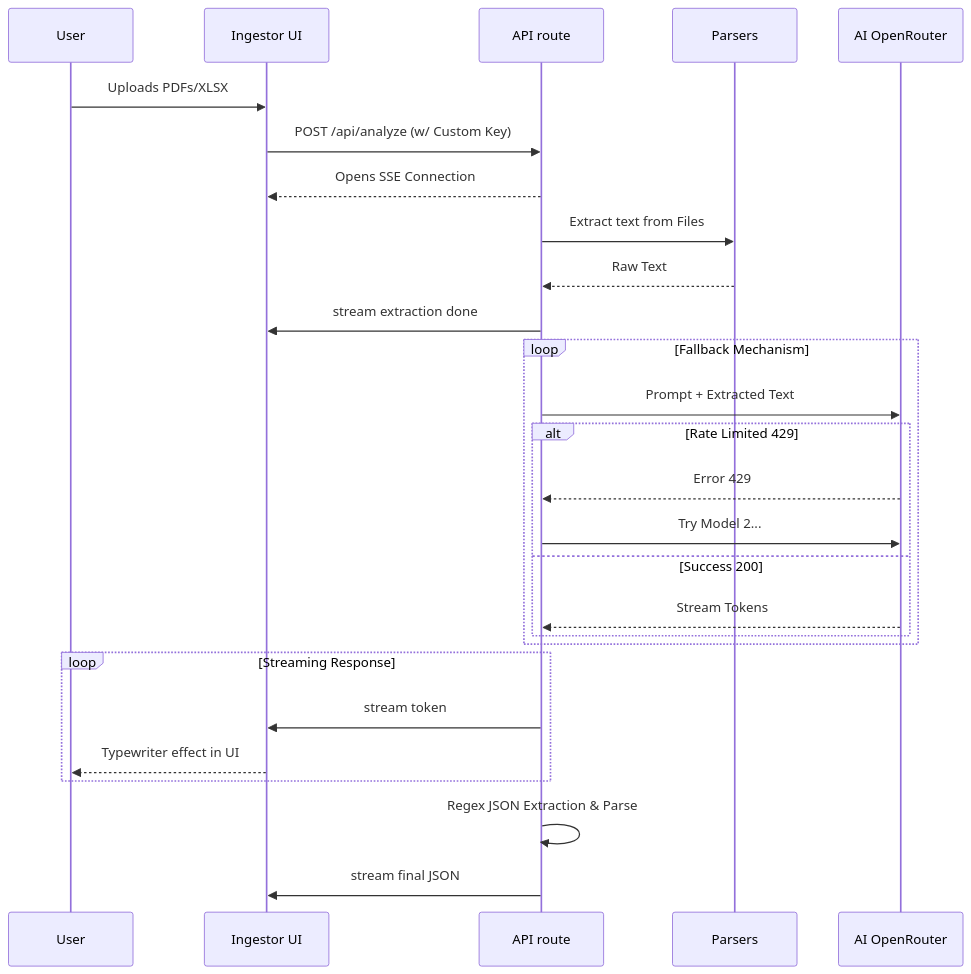
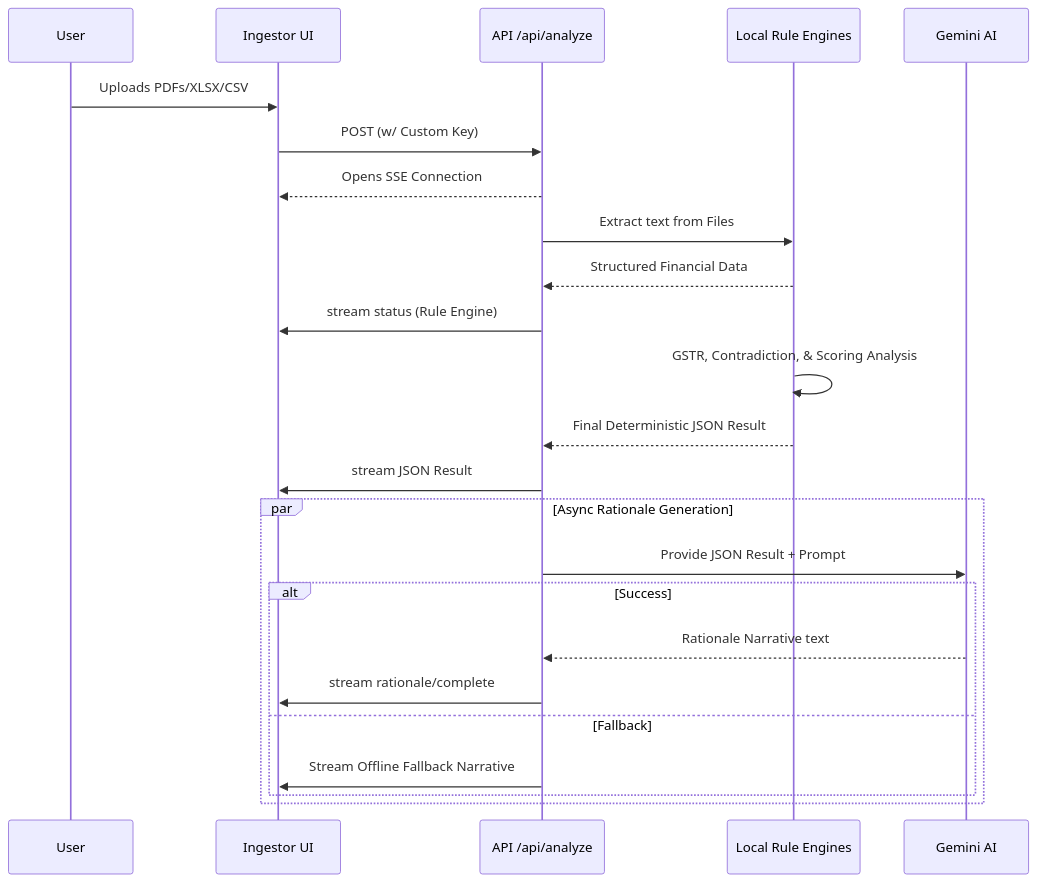
One commit to HimanshuxAI/INTELLI-CREDIT-IITH changed the second of 2 diagrams in README.md. Above: the diagram before and after it, drawn with Mermaid. The commit also changed other lines of this file, not shown here.

Commit message:
docs: Update README with recent architecture changes

````diff
--- a/README.md
+++ b/README.md
@@ -105,35 +103,32 @@
 ```mermaid
 sequenceDiagram
     participant User
     participant Ingestor UI
-    participant API route
-    participant Parsers
-    participant AI OpenRouter
+    participant API /api/analyze
+    participant Local Rule Engines
+    participant Gemini AI
 
-    User->>Ingestor UI: Uploads PDFs/XLSX
-    Ingestor UI->>API route: POST /api/analyze (w/ Custom Key)
-    API route-->>Ingestor UI: Opens SSE Connection
+    User->>Ingestor UI: Uploads PDFs/XLSX/CSV
+    Ingestor UI->>API /api/analyze: POST (w/ Custom Key)
+    API /api/analyze-->>Ingestor UI: Opens SSE Connection
     
-    API route->>Parsers: Extract text from Files
-    Parsers-->>API route: Raw Text
+    API /api/analyze->>Local Rule Engines: Extract text from Files
+    Local Rule Engines-->>API /api/analyze: Structured Financial Data
     
-    API route->>Ingestor UI: stream extraction done
+    API /api/analyze->>Ingestor UI: stream status (Rule Engine)
     
-    loop Fallback Mechanism
-        API route->>AI OpenRouter: Prompt + Extracted Text
-        alt Rate Limited 429
-            AI OpenRouter-->>API route: Error 429
-            API route->>AI OpenRouter: Try Model 2...
-        else Success 200
-            AI OpenRouter-->>API route: Stream Tokens
+    Local Rule Engines->>Local Rule Engines: GSTR, Contradiction, & Scoring Analysis
+    Local Rule Engines-->>API /api/analyze: Final Deterministic JSON Result
+    
+    API /api/analyze->>Ingestor UI: stream JSON Result
+    
+    par Async Rationale Generation
+        API /api/analyze->>Gemini AI: Provide JSON Result + Prompt
+        alt Success
+            Gemini AI-->>API /api/analyze: Rationale Narrative text
+            API /api/analyze->>Ingestor UI: stream rationale/complete
+        else Fallback
+            API /api/analyze->>Ingestor UI: Stream Offline Fallback Narrative
         end
     end
-    
-    loop Streaming Response
-        API route->>Ingestor UI: stream token
-        Ingestor UI-->>User: Typewriter effect in UI
-    end
-    
-    API route->>API route: Regex JSON Extraction & Parse
-    API route->>Ingestor UI: stream final JSON
 ```
````
